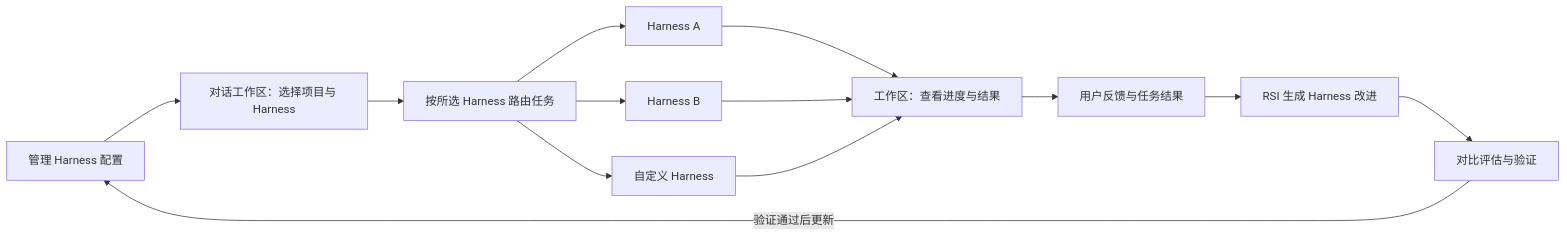
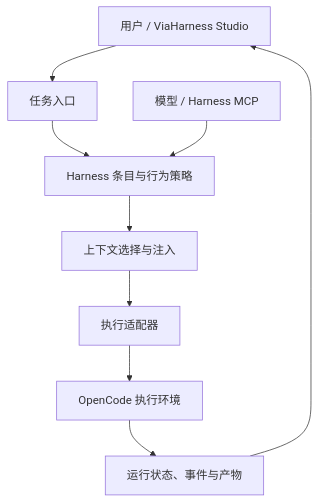
Before and after one commit to ViaTumLab/YAgent: the diagram in README.md, drawn with Mermaid. The commit also changed other lines of this file and 1 other file, not shown here.

Commit message:
docs: center README on the OpenMetaHarness core

````diff
--- a/README.md
+++ b/README.md
@@ -128,15 +68,11 @@
 ```mermaid
-flowchart LR
-    M[管理 Harness 配置] --> S[对话工作区：选择项目与 Harness]
-    S --> R[按所选 Harness 路由任务]
-    R --> A[Harness A]
-    R --> B[Harness B]
-    R --> C[自定义 Harness]
-    A --> W[工作区：查看进度与结果]
-    B --> W
-    C --> W
-    W --> F[用户反馈与任务结果]
-    F --> I[RSI 生成 Harness 改进]
-    I --> V[对比评估与验证]
-    V -->|验证通过后更新| M
+flowchart TB
+    U[用户 / ViaHarness Studio] --> T[任务入口]
+    T --> H[Harness 条目与行为策略]
+    H --> C[上下文选择与注入]
+    C --> A[执行适配器]
+    A --> O[OpenCode 执行环境]
+    O --> E[运行状态、事件与产物]
+    E --> U
+    M[模型 / Harness MCP] --> H
 ```
````
